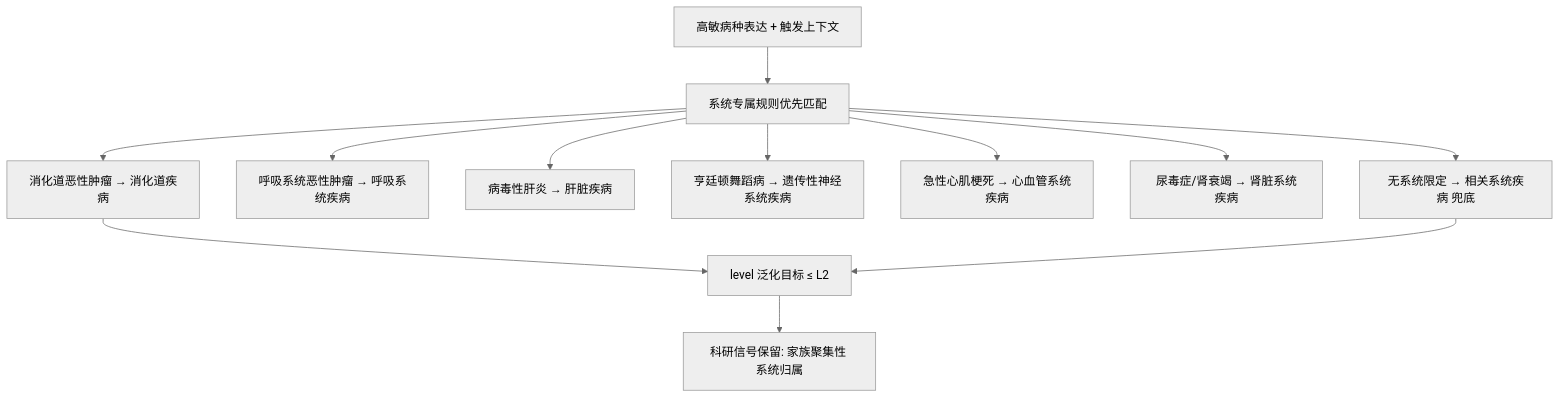
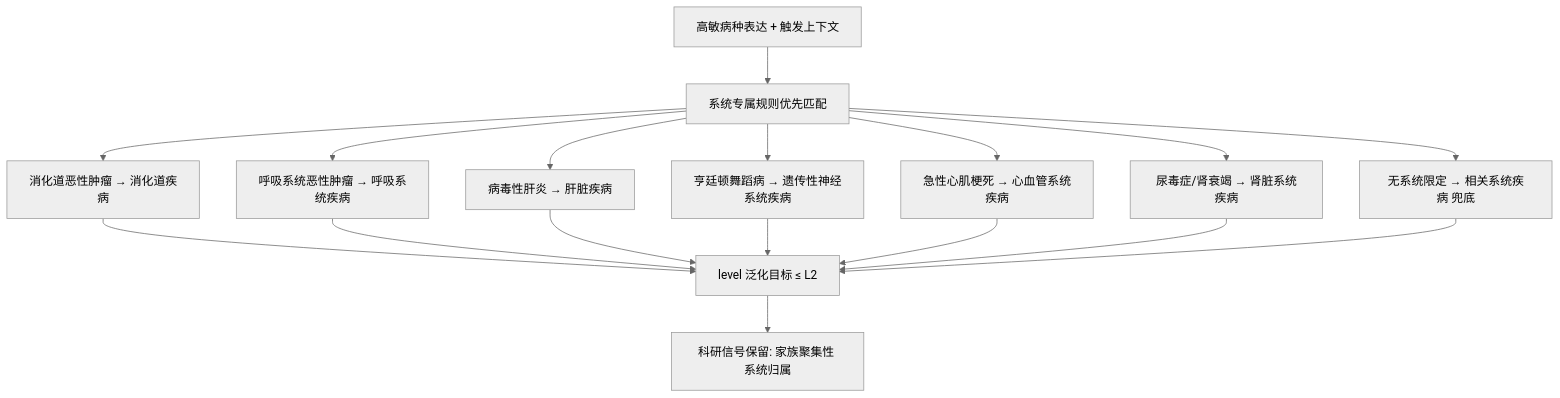
Before and after one commit to fengzhizi319/PrivShield: the third of 5 diagrams in docs/patent/专利7-基于范畴化降级泛化与四柱强剥离的高敏医疗数据抹平方法及系统.md, drawn with Mermaid (neutral theme). The commit also changed other lines of this file and 23 other files, not shown here.

````diff
--- a/docs/patent/专利7-基于范畴化降级泛化与四柱强剥离的高敏医疗数据抹平方法及系统.md
+++ b/docs/patent/专利7-基于范畴化降级泛化与四柱强剥离的高敏医疗数据抹平方法及系统.md
@@ -228,14 +243,19 @@
 ```mermaid
 graph TB
     A[高敏病种表达 + 触发上下文] --> B[系统专属规则优先匹配]
     B --> C1[消化道恶性肿瘤 → 消化道疾病]
     B --> C2[呼吸系统恶性肿瘤 → 呼吸系统疾病]
     B --> C3[病毒性肝炎 → 肝脏疾病]
     B --> C4[亨廷顿舞蹈病 → 遗传性神经系统疾病]
     B --> C5[急性心肌梗死 → 心血管系统疾病]
     B --> C6[尿毒症/肾衰竭 → 肾脏系统疾病]
     B --> D[无系统限定 → 相关系统疾病 兜底]
     C1 --> E[level 泛化目标 ≤ L2]
+    C2 --> E
+    C3 --> E
+    C4 --> E
+    C5 --> E
+    C6 --> E
     D --> E
     E --> F[科研信号保留: 家族聚集性 系统归属]
 ```
````
